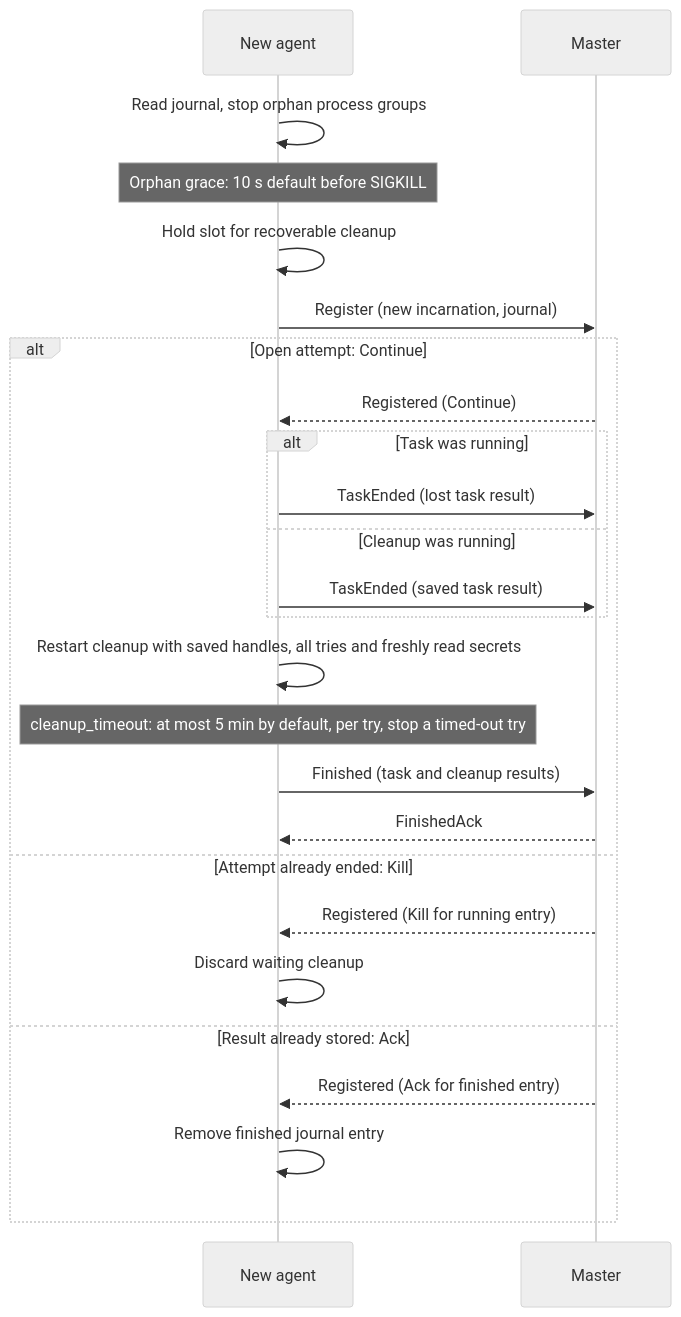
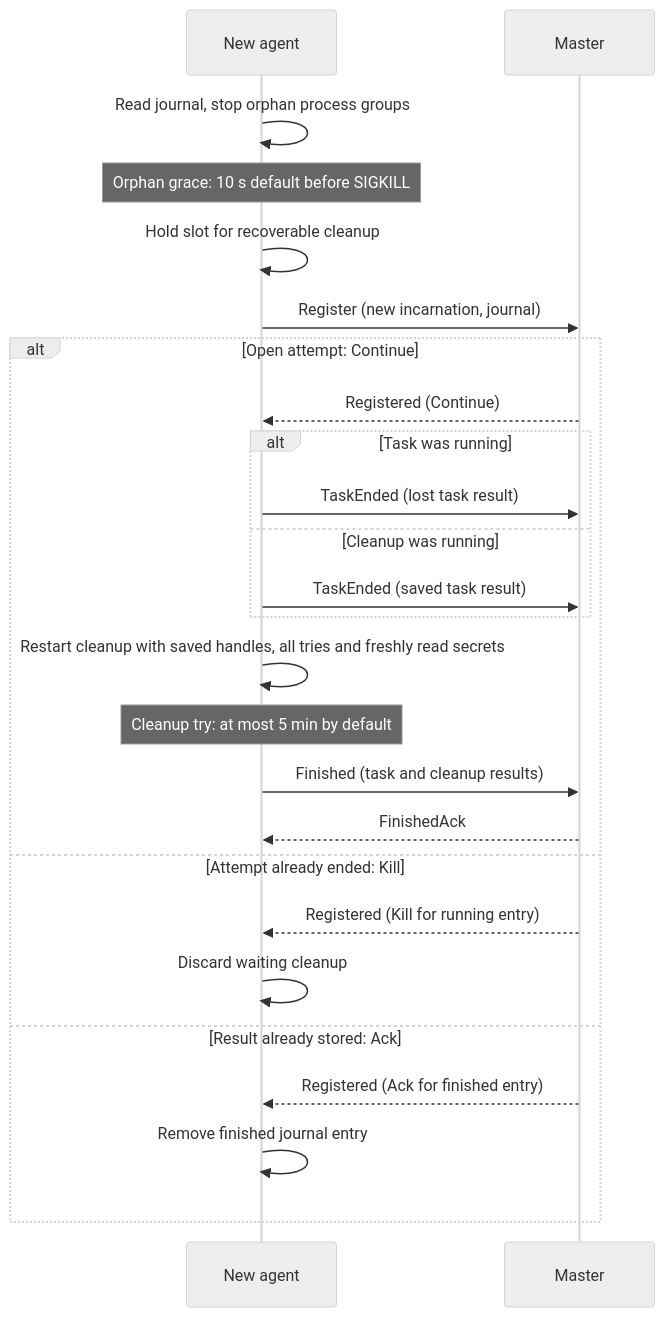
One commit to ptutak/schedr changed the tenth of 18 diagrams in docs/03-guide/15-protocol.md. Above: the diagram before and after it, drawn with Mermaid (neutral theme). The commit also changed other lines of this file and 8 other files, not shown here.

````diff
--- a/docs/03-guide/15-protocol.md
+++ b/docs/03-guide/15-protocol.md
@@ -227,27 +239,27 @@
 ```{mermaid}
 sequenceDiagram
     participant W as New agent
     participant M as Master
     W->>W: Read journal, stop orphan process groups
     Note over W: Orphan grace: 10 s default before SIGKILL
     W->>W: Hold slot for recoverable cleanup
     W->>M: Register (new incarnation, journal)
     alt Open attempt: Continue
         M-->>W: Registered (Continue)
         alt Task was running
             W->>M: TaskEnded (lost task result)
         else Cleanup was running
             W->>M: TaskEnded (saved task result)
         end
         W->>W: Restart cleanup with saved handles, all tries and freshly read secrets
-        Note over W: cleanup_timeout: at most 5 min by default, per try, stop a timed-out try
+        Note over W: Cleanup try: at most 5 min by default
         W->>M: Finished (task and cleanup results)
         M-->>W: FinishedAck
     else Attempt already ended: Kill
         M-->>W: Registered (Kill for running entry)
         W->>W: Discard waiting cleanup
     else Result already stored: Ack
         M-->>W: Registered (Ack for finished entry)
         W->>W: Remove finished journal entry
     end
 ```
````
